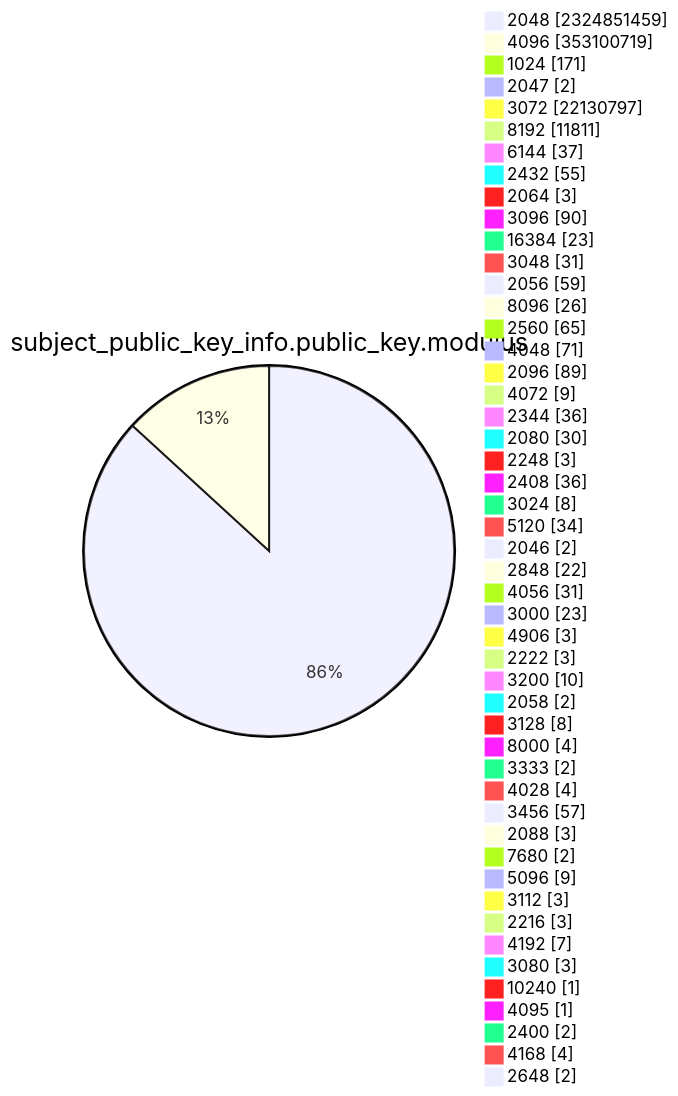
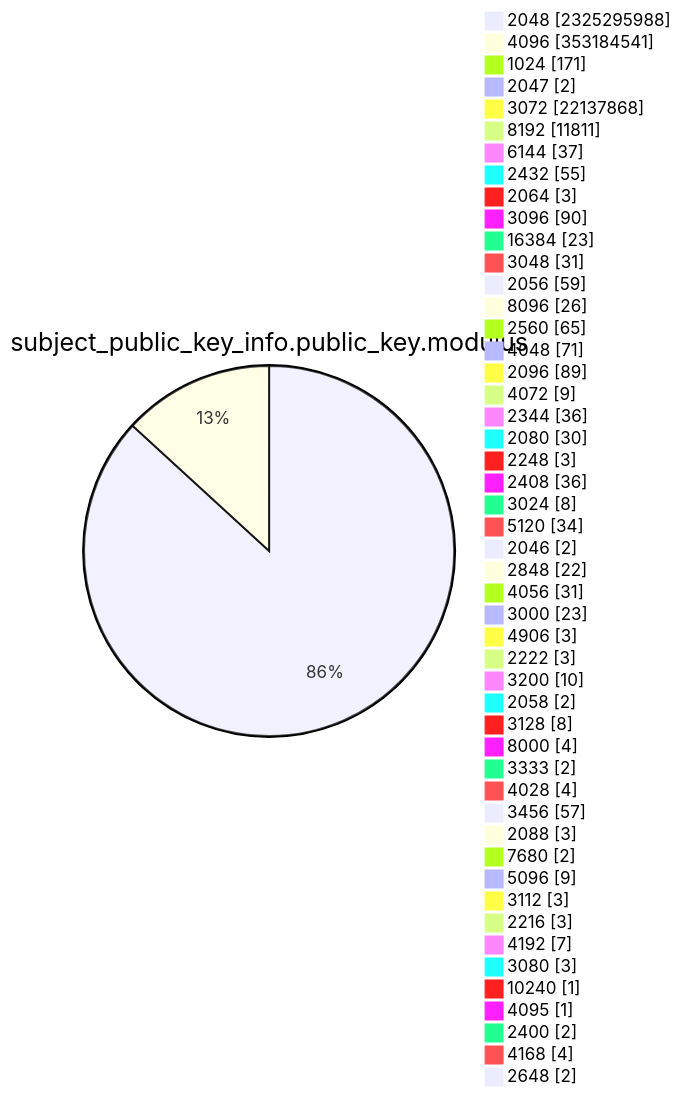
Before and after one commit to christiankrug/ctmonitor_visualization: diagram 13 of 15 in TOTAL/README.md, drawn with Mermaid. The commit also changed other lines of this file, not shown here.

````diff
--- a/TOTAL/README.md
+++ b/TOTAL/README.md
@@ -4167,53 +4167,53 @@
 ```mermaid
 pie showData
 title subject_public_key_info.public_key.modulus
-"2048" :2324851459
-"4096" :353100719
+"2048" :2325295988
+"4096" :353184541
 "1024" :171
 "2047" :2
-"3072" :22130797
+"3072" :22137868
 "8192" :11811
 "6144" :37
 "2432" :55
 "2064" :3
 "3096" :90
 "16384" :23
 "3048" :31
 "2056" :59
 "8096" :26
 "2560" :65
 "4048" :71
 "2096" :89
 "4072" :9
 "2344" :36
 "2080" :30
 "2248" :3
 "2408" :36
 "3024" :8
 "5120" :34
 "2046" :2
 "2848" :22
 "4056" :31
 "3000" :23
 "4906" :3
 "2222" :3
 "3200" :10
 "2058" :2
 "3128" :8
 "8000" :4
 "3333" :2
 "4028" :4
 "3456" :57
 "2088" :3
 "7680" :2
 "5096" :9
 "3112" :3
 "2216" :3
 "4192" :7
 "3080" :3
 "10240" :1
 "4095" :1
 "2400" :2
 "4168" :4
 "2648" :2
 ```
````
